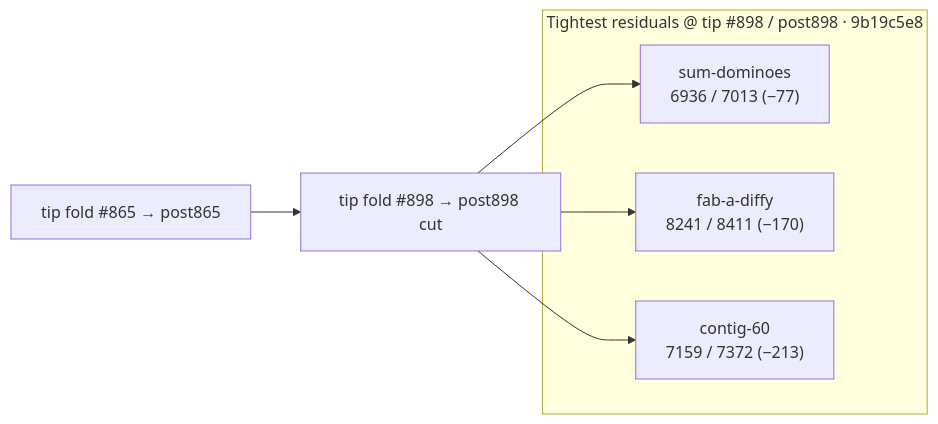
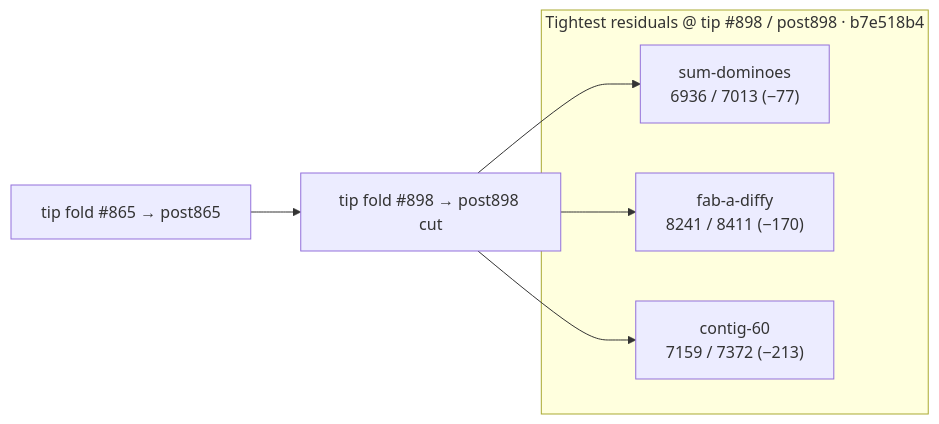
One commit to fuzzywigg/math-pentathlon changed the second of 2 diagrams in docs/dev/bundle-headroom-post898-2026-10-10.md. Above: the diagram before and after it, drawn with Mermaid. The commit also changed other lines of this file and 1 other file, not shown here.

First line of the commit message:
docs(q-mp-438): re-stamp tip SHA after tip fold to b7e518b4

````diff
--- a/docs/dev/bundle-headroom-post898-2026-10-10.md
+++ b/docs/dev/bundle-headroom-post898-2026-10-10.md
@@ -79,14 +79,14 @@
 ```mermaid
 flowchart LR
-  subgraph tight ["Tightest residuals @ tip #898 / post898 · 9b19c5e8"]
+  subgraph tight ["Tightest residuals @ tip #898 / post898 · b7e518b4"]
     S["sum-dominoes<br/>6936 / 7013 (−77)"]
     F["fab-a-diffy<br/>8241 / 8411 (−170)"]
     C["contig-60<br/>7159 / 7372 (−213)"]
   end
   Tip865["tip fold #865 → post865"]
   Tip898["tip fold #898 → post898 cut"]
   Tip865 --> Tip898
   Tip898 --> S
   Tip898 --> F
   Tip898 --> C
 ```
````
